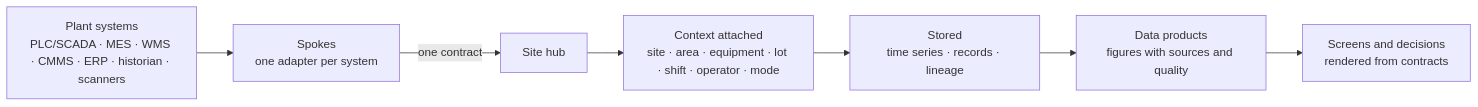
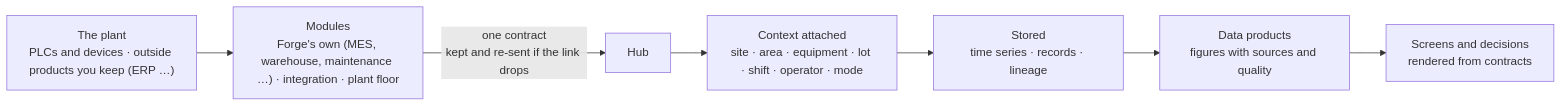
Before and after one commit to reh3376/forge: diagram 23 of 26 in docs/tutorial.md, drawn with Mermaid. The commit also changed other lines of this file, not shown here.

````diff
--- a/docs/tutorial.md
+++ b/docs/tutorial.md
@@ -1974,9 +2275,9 @@
 ```mermaid
 flowchart LR
-  P["Plant systems<br/>PLC/SCADA · MES · WMS · CMMS · ERP · historian · scanners"] --> S["Spokes<br/>one adapter per system"]
-  S -- "one contract" --> H["Site hub"]
+  P["The plant<br/>PLCs and devices · outside products you keep (ERP …)"] --> S["Modules<br/>Forge's own (MES, warehouse, maintenance …) · integration · plant floor"]
+  S -- "one contract<br/>kept and re-sent if the link drops" --> H["Hub"]
   H --> C["Context attached<br/>site · area · equipment · lot · shift · operator · mode"]
   C --> ST["Stored<br/>time series · records · lineage"]
   ST --> DP["Data products<br/>figures with sources and quality"]
   DP --> SC["Screens and decisions<br/>rendered from contracts"]
 ```
````
